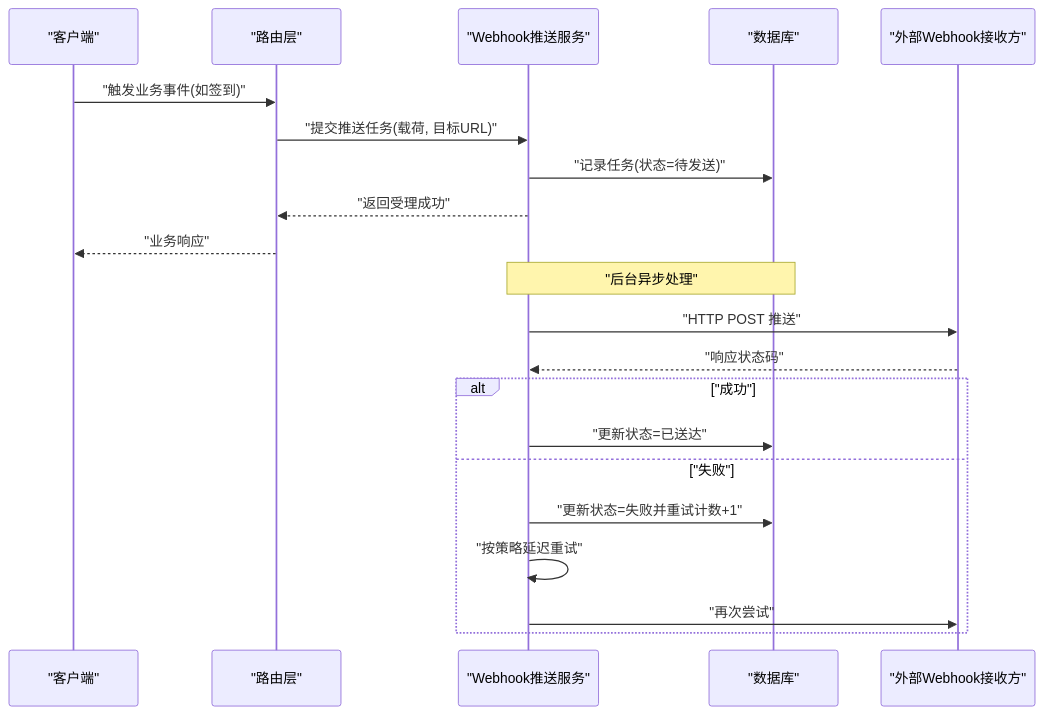
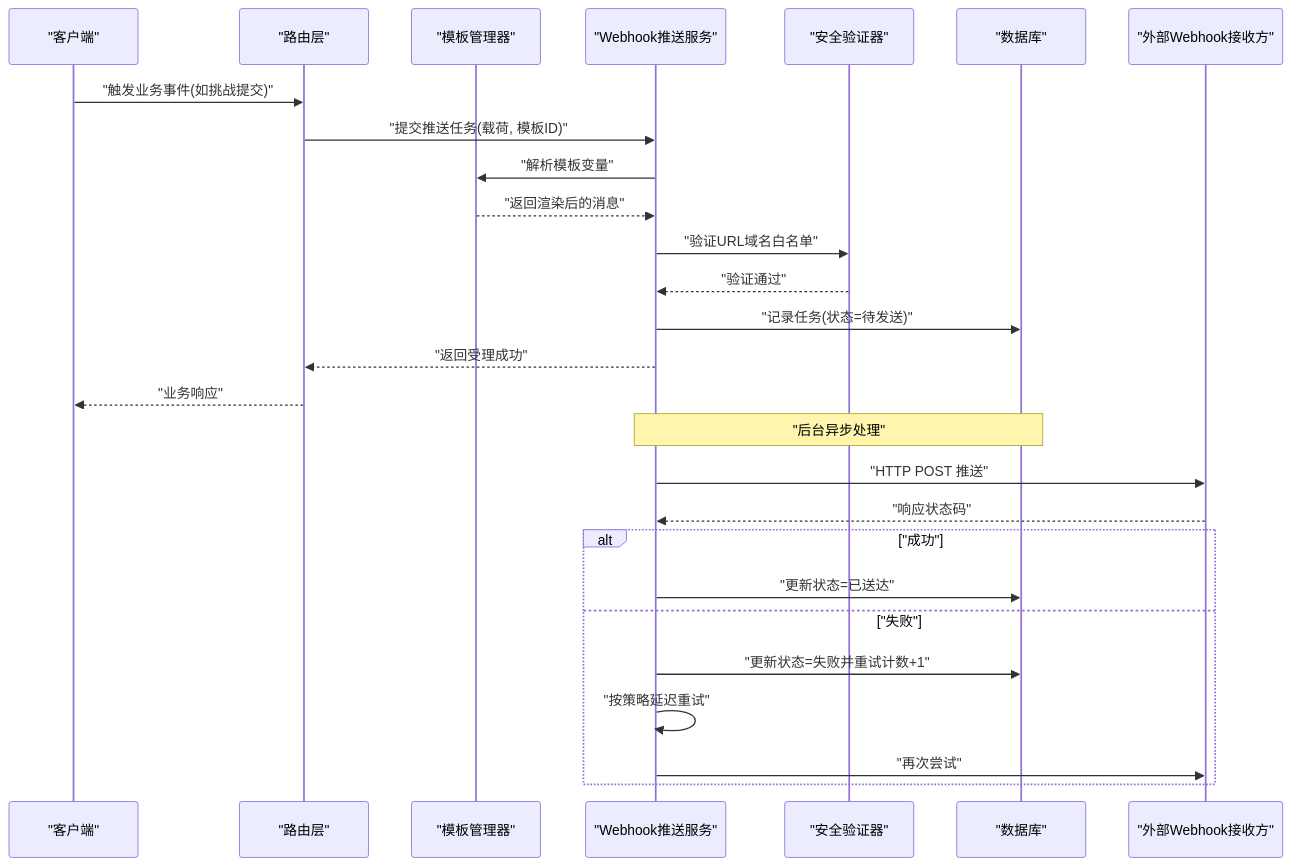
Before and after one commit to onebody/homework: the second of 4 diagrams in .qoder/repowiki/zh/content/暑假作业打卡系统/后端服务架构/服务层架构/Webhook推送服务.md, drawn with Mermaid. The commit also changed other lines of this file and 15 other files, not shown here.

````diff
--- a/.qoder/repowiki/zh/content/暑假作业打卡系统/后端服务架构/服务层架构/Webhook推送服务.md
+++ b/.qoder/repowiki/zh/content/暑假作业打卡系统/后端服务架构/服务层架构/Webhook推送服务.md
@@ -124,23 +151,29 @@
 ```mermaid
 sequenceDiagram
 participant Client as "客户端"
 participant Router as "路由层"
+participant Template as "模板管理器"
 participant Push as "Webhook推送服务"
+participant Security as "安全验证器"
 participant DB as "数据库"
 participant Ext as "外部Webhook接收方"
-Client->>Router : "触发业务事件(如签到)"
-Router->>Push : "提交推送任务(载荷, 目标URL)"
+Client->>Router : "触发业务事件(如挑战提交)"
+Router->>Push : "提交推送任务(载荷, 模板ID)"
+Push->>Template : "解析模板变量"
+Template-->>Push : "返回渲染后的消息"
+Push->>Security : "验证URL域名白名单"
+Security-->>Push : "验证通过"
 Push->>DB : "记录任务(状态=待发送)"
 Push-->>Router : "返回受理成功"
 Router-->>Client : "业务响应"
 Note over Push,DB : "后台异步处理"
 Push->>Ext : "HTTP POST 推送"
 Ext-->>Push : "响应状态码"
 alt "成功"
 Push->>DB : "更新状态=已送达"
 else "失败"
 Push->>DB : "更新状态=失败并重试计数+1"
 Push->>Push : "按策略延迟重试"
 Push->>Ext : "再次尝试"
 end
 ```
````
